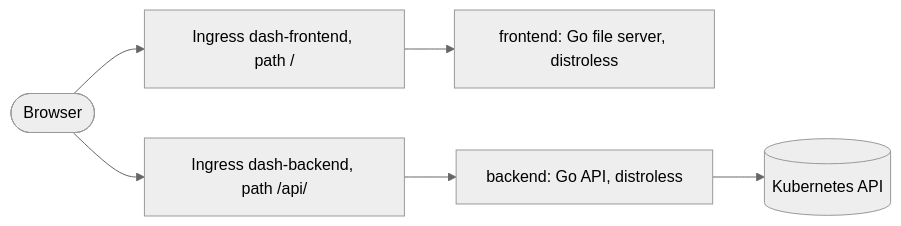
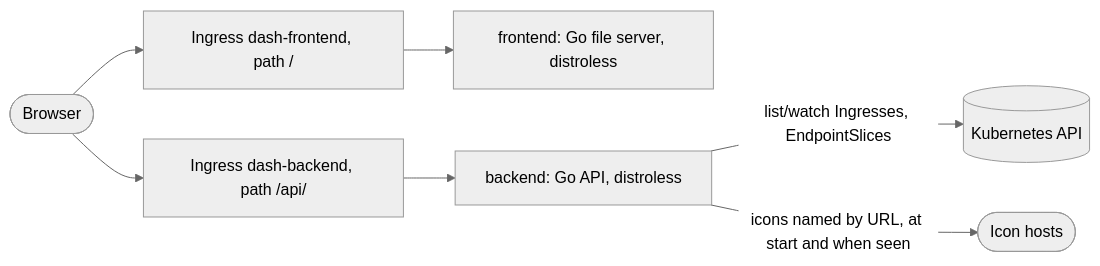
One commit to guided-traffic/cluster-dashboard changed the diagram in README.md. Above: the diagram before and after it, drawn with Mermaid (neutral theme). The commit also changed other lines of this file and 26 other files, not shown here.

````diff
--- a/README.md
+++ b/README.md
@@ -19,6 +21,7 @@
 ```mermaid
 flowchart LR
   b([Browser]) --> f["Ingress dash-frontend, path /"] --> fs["frontend: Go file server, distroless"]
   b --> a["Ingress dash-backend, path /api/"] --> be["backend: Go API, distroless"]
-  be --> k[(Kubernetes API)]
+  be -- "list/watch Ingresses, EndpointSlices" --> k[(Kubernetes API)]
+  be -- "icons named by URL, at start and when seen" --> n([Icon hosts])
 ```
````
